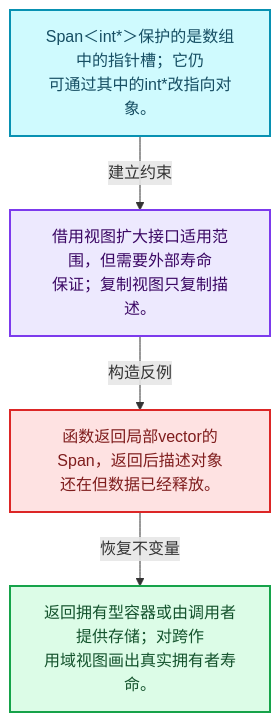
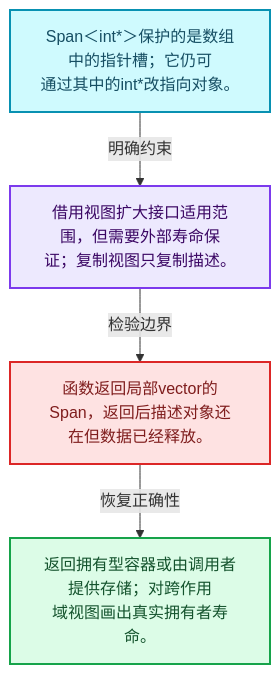
The first of 4 diagrams in 杂/markdown/全面学习-codex/01-基础容器与现代CPP/05-Span只读连续视图.md (yunkezengren/blender-.vscode), drawn with Mermaid before and after one commit. The commit also changed other lines of this file and 1930 other files, not shown here.

````diff
--- a/杂/markdown/全面学习-codex/01-基础容器与现代CPP/05-Span只读连续视图.md
+++ b/杂/markdown/全面学习-codex/01-基础容器与现代CPP/05-Span只读连续视图.md
@@ -29,16 +29,16 @@
 ```mermaid
 flowchart TB
-  M["Span＜int*＞保护的是数组中的指针槽；它仍<br/>可通过其中的int*改指向对象。"]:::data
-  T["借用视图扩大接口适用范围，但需要外部寿命<br/>保证；复制视图只复制描述。"]:::abstraction
-  X["函数返回局部vector的Span，返回后描述对象<br/>还在但数据已经释放。"]:::error
-  A["返回拥有型容器或由调用者提供存储；对跨作<br/>用域视图画出真实拥有者寿命。"]:::result
-  M -->|"建立约束"| T
-  T -->|"构造反例"| X
-  X -->|"恢复不变量"| A
+  M["Span＜int*＞保护的是数组中的指针槽；它仍可<br/>通过其中的int*改指向对象。"]:::data
+  C["借用视图扩大接口适用范围，但需要外部寿命保<br/>证；复制视图只复制描述。"]:::abstraction
+  B["函数返回局部vector的Span，返回后描述对象还<br/>在但数据已经释放。"]:::error
+  R["返回拥有型容器或由调用者提供存储；对跨作用<br/>域视图画出真实拥有者寿命。"]:::result
+  M -->|"明确约束"| C
+  C -->|"检验边界"| B
+  B -->|"恢复正确性"| R
   classDef input fill:#DBEAFE,stroke:#2563EB,color:#172554,stroke-width:2px;
   classDef data fill:#CFFAFE,stroke:#0891B2,color:#164E63,stroke-width:2px;
   classDef abstraction fill:#EDE9FE,stroke:#7C3AED,color:#3B0764,stroke-width:2px;
   classDef compute fill:#FEF3C7,stroke:#D97706,color:#78350F,stroke-width:2px;
   classDef result fill:#DCFCE7,stroke:#16A34A,color:#14532D,stroke-width:2px;
   classDef error fill:#FEE2E2,stroke:#DC2626,color:#7F1D1D,stroke-width:2px;
 ```
````
